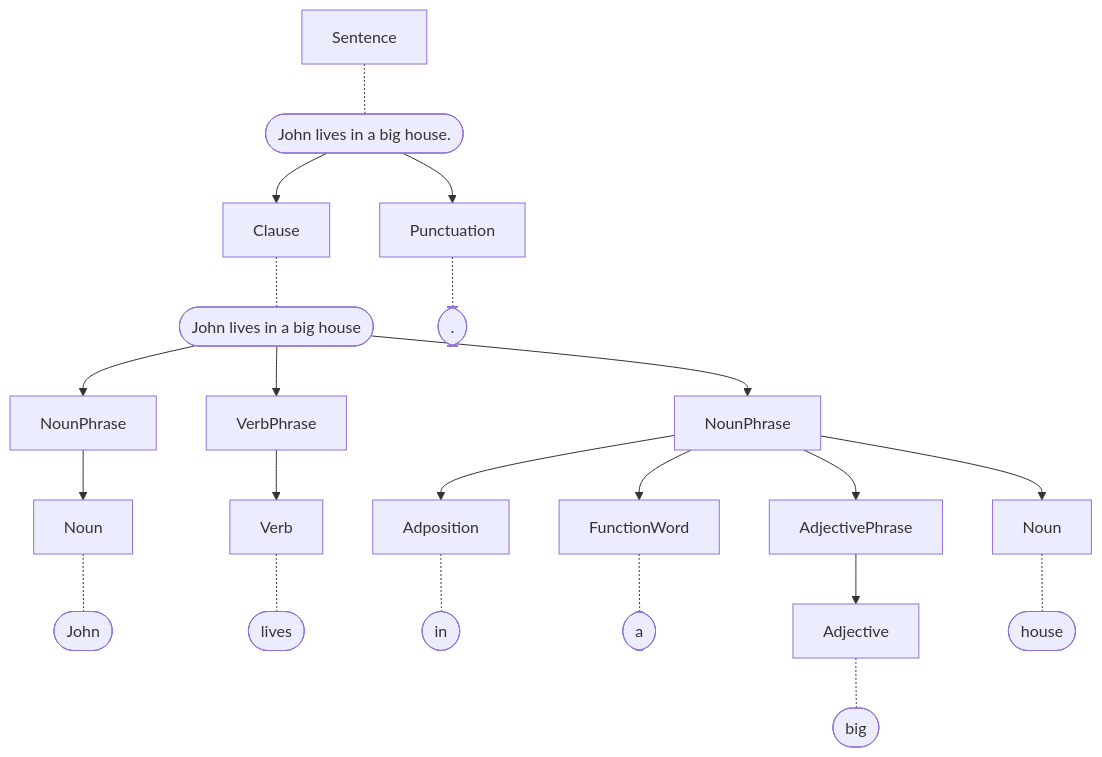
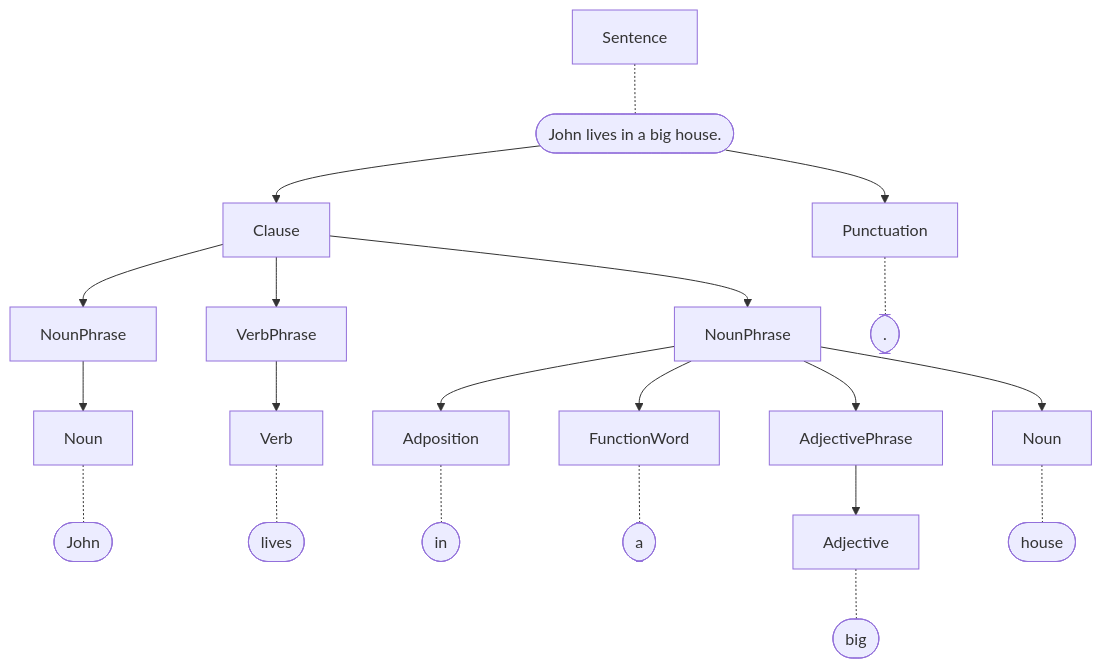
Before and after one commit to presciencelabs/tabitha: the first of 2 diagrams in README.md, drawn with Mermaid. The commit also changed other lines of this file, not shown here.

Commit message:
final tweaks

````diff
--- a/README.md
+++ b/README.md
@@ -100,29 +100,28 @@
 ```mermaid
 graph TD
 	Sentence -.- s([John lives in a big house.])
 
 	s --> C[Clause]
 	s --> P[Punctuation]
 
-	C -.- c([John lives in a big house])
+	C --> NP1[NounPhrase]
+	C --> VP[VerbPhrase]
+	C --> NP2[NounPhrase]
+
 	P -.- t([.])
 
-	c --> C-NP1[NounPhrase]
-	c --> C-VP[VerbPhrase]
-	c --> C-NP2[NounPhrase]
+	NP1 --> NP1-N[Noun]
+	VP --> VP-V[Verb]
+	NP2 --> NP2-Adp[Adposition]
+	NP2 --> NP2-FW[FunctionWord]
+	NP2 --> NP2-AdjP[AdjectivePhrase]
+	NP2 --> NP2-N[Noun]
 
-	C-NP1 --> CNP1-N[Noun]
-	C-VP --> CVP-V[Verb]
-	C-NP2 --> CNP2-Adp[Adposition]
-	C-NP2 --> C-NP2-FW[FunctionWord]
-	C-NP2 --> C-NP2-AdjP[AdjectivePhrase]
-	C-NP2 --> C-NP2-N[Noun]
-
-	CNP1-N -.- CNP1-N-n([John])
-	CVP-V -.- CVP-V-v([lives])
-	CNP2-Adp -.- CNP2-adp([in])
-	C-NP2-FW -.- C-NP2-fw([a])
-	C-NP2-AdjP --> C-NP2-Adj[Adjective]
-	C-NP2-N -.- C-NP2-n([house])
-	C-NP2-Adj -.- C-NP2-adj([big])
+	NP1-N -.- NP1-N-n([John])
+	VP-V -.- VP-V-v([lives])
+	NP2-Adp -.- NP2-adp([in])
+	NP2-FW -.- NP2-fw([a])
+	NP2-AdjP --> NP2-Adj[Adjective]
+	NP2-N -.- NP2-n([house])
+	NP2-Adj -.- NP2-adj([big])
 ```
````
